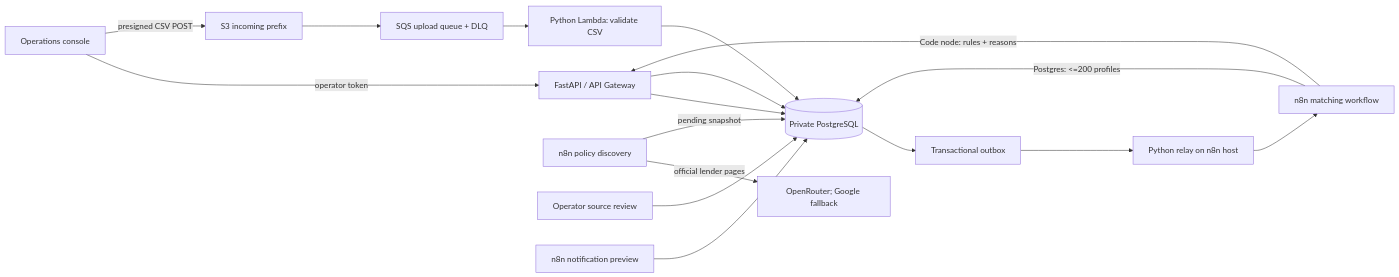
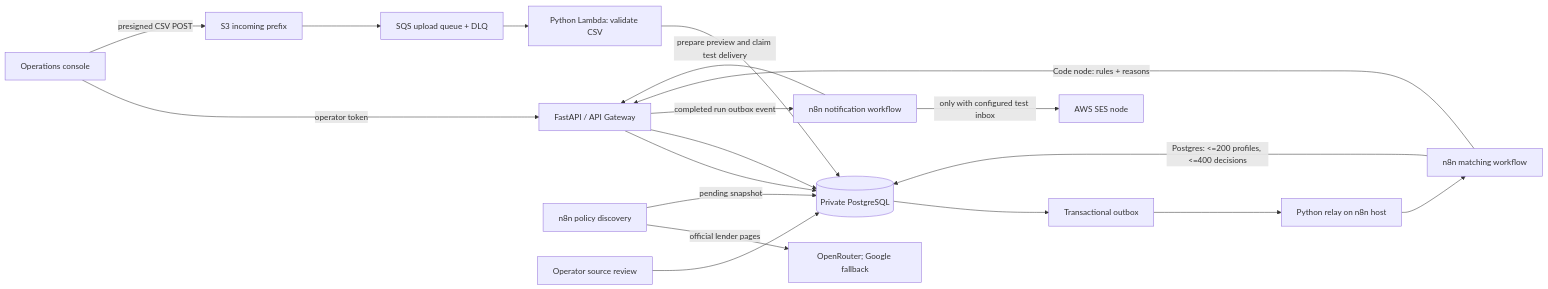
Before and after one commit to PRADDZY/clickpe: the diagram in README.md, drawn with Mermaid. The commit also changed other lines of this file and 14 other files, not shown here.

````diff
--- a/README.md
+++ b/README.md
@@ -16,19 +16,21 @@
 ```mermaid
 flowchart LR
   UI[Operations console] -->|operator token| API[FastAPI / API Gateway]
   UI -->|presigned CSV POST| S3[S3 incoming prefix]
   S3 --> SQS[SQS upload queue + DLQ]
   SQS --> ING[Python Lambda: validate CSV]
   API --> DB[(Private PostgreSQL)]
   ING --> DB
   DB --> OUT[Transactional outbox]
   OUT --> REL[Python relay on n8n host]
   REL --> MATCH[n8n matching workflow]
-  MATCH -->|Postgres: <=200 profiles| DB
+  MATCH -->|Postgres: <=200 profiles, <=400 decisions| DB
   MATCH -->|Code node: rules + reasons| API
   API --> DB
   DISC[n8n policy discovery] -->|official lender pages| SRC[OpenRouter; Google fallback]
   DISC -->|pending snapshot| DB
   OP[Operator source review] --> DB
-  PRE[n8n notification preview] --> DB
+  API -->|completed run outbox event| PRE[n8n notification workflow]
+  PRE -->|prepare preview and claim test delivery| API
+  PRE -->|only with configured test inbox| SES[AWS SES node]
 ```
````
